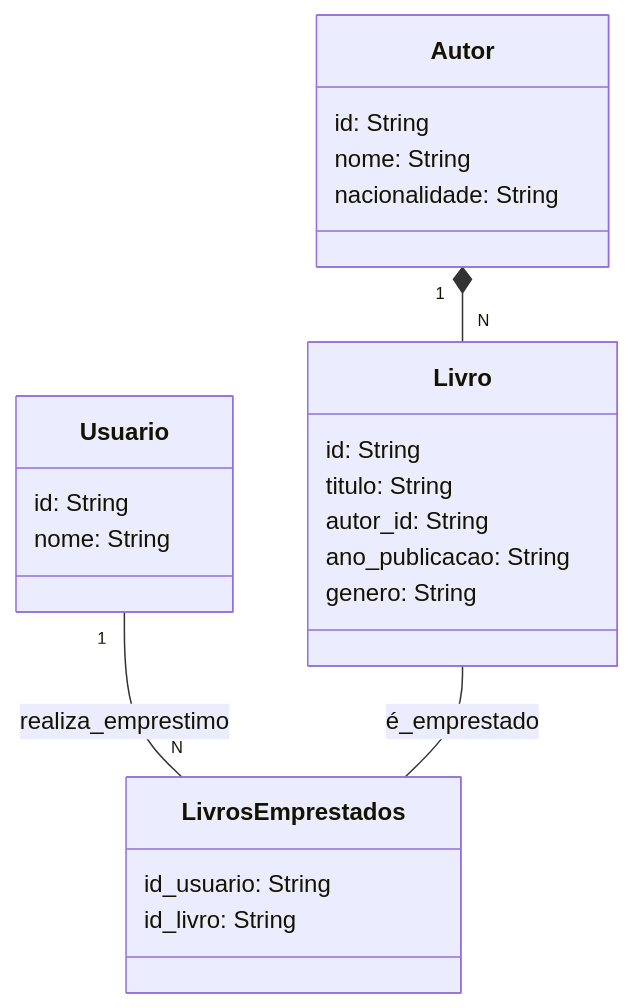
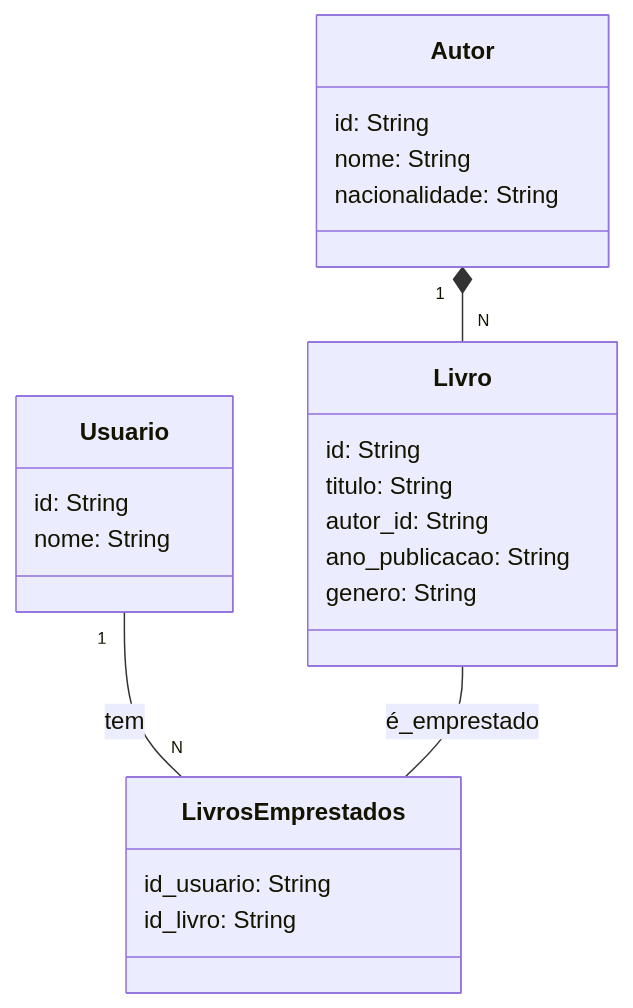
Before and after one commit to rafael2051/Controle-de-Fluxo---Desafio: the diagram in santander-dev-week-2023/README.MD, drawn with Mermaid.

````diff
--- a/santander-dev-week-2023/README.MD
+++ b/santander-dev-week-2023/README.MD
@@ -6,32 +6,32 @@
 ```mermaid
 classDiagram
     class Livro {
         id: String
         titulo: String
         autor_id: String
         ano_publicacao: String
         genero: String
     }
 
     class Autor {
         id: String
         nome: String
         nacionalidade: String
     }
 
     class Usuario {
         id: String
         nome: String
     }
 
     class LivrosEmprestados {
         id_usuario: String
         id_livro: String
     }
 
     Autor "1" *-- "N" Livro
-    Usuario "1" -- "N" LivrosEmprestados : realiza_emprestimo
+    Usuario "1" -- "N" LivrosEmprestados : tem
     Livro -- LivrosEmprestados : é_emprestado
     
 
 ```
````
